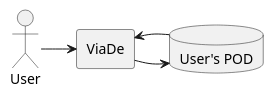
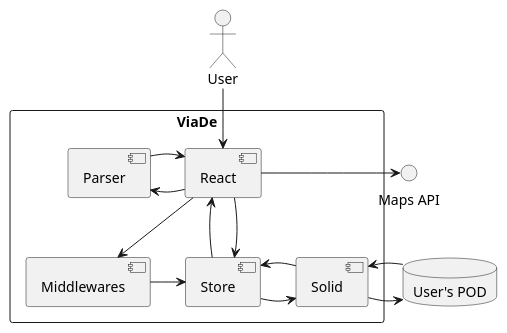
The diagram in src/docs/diagrams/05-01_whiteboxOverallSystem.puml (Arquisoft/viade_en1b), drawn with PlantUML before and after one commit. The commit also changed 4 other files, not shown here.

Commit message:
General and Redux diagrams

```diff
--- a/src/docs/diagrams/05-01_whiteboxOverallSystem.puml
+++ b/src/docs/diagrams/05-01_whiteboxOverallSystem.puml
@@ -1,12 +1,41 @@
 @startuml
 
-rectangle ViaDe as viade
+rectangle ViaDe {
+    [React] as react
+    [Parser] as parser 
+    [Middlewares] as middlewares
+    [Store] as store 
+    [Solid] as solid
+}
 
 database "User's POD" as pod
 
-:User: -> viade
-viade -> pod
-pod -> viade
+() "Maps API" as imaps
+
+:User: --> react
+
+react <-- store
+react --> store
+
+react --> middlewares
+
+parser <- react
+parser -> react
+
+middlewares -> store
+
+store -> solid
+store <- solid
+
+solid -> pod
+solid <- pod
+
+react -> imaps
+
+
+
+
+
 
 
 @enduml
```
